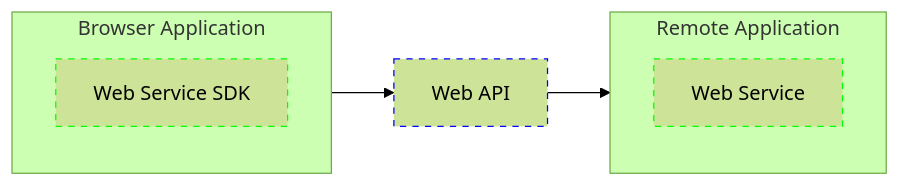
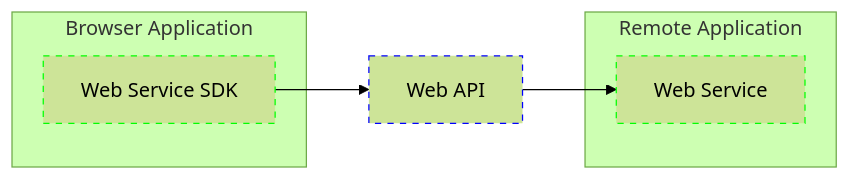
One commit to bjacobgordon/shark-ui changed the diagram in docs/webAPI/architecture.mmd. Above: the diagram before and after it, drawn with Mermaid (forest theme).

Commit message:
step: shows how each application interfaces with web api

```diff
--- a/docs/webAPI/architecture.mmd
+++ b/docs/webAPI/architecture.mmd
@@ -1,20 +1,20 @@
 flowchart LR
   classDef Contract          stroke: #00F, stroke-dasharray: 5
   classDef ApplicationModule stroke: #0F0, stroke-dasharray: 5
 
   subgraph BrowserApplication[Browser Application]
     BrowserApplication_WebServiceSDK[Web Service SDK]
     class BrowserApplication_WebServiceSDK ApplicationModule
   end
 
-  BrowserApplication --> WebAPI
+  BrowserApplication_WebServiceSDK --> WebAPI
 
   WebAPI[Web API]
   class WebAPI Contract
 
-  WebAPI --> RemoteApplication
+  WebAPI --> RemoteApplication_WebService
 
   subgraph RemoteApplication[Remote Application]
     RemoteApplication_WebService[Web Service]
     class RemoteApplication_WebService ApplicationModule
   end
```
